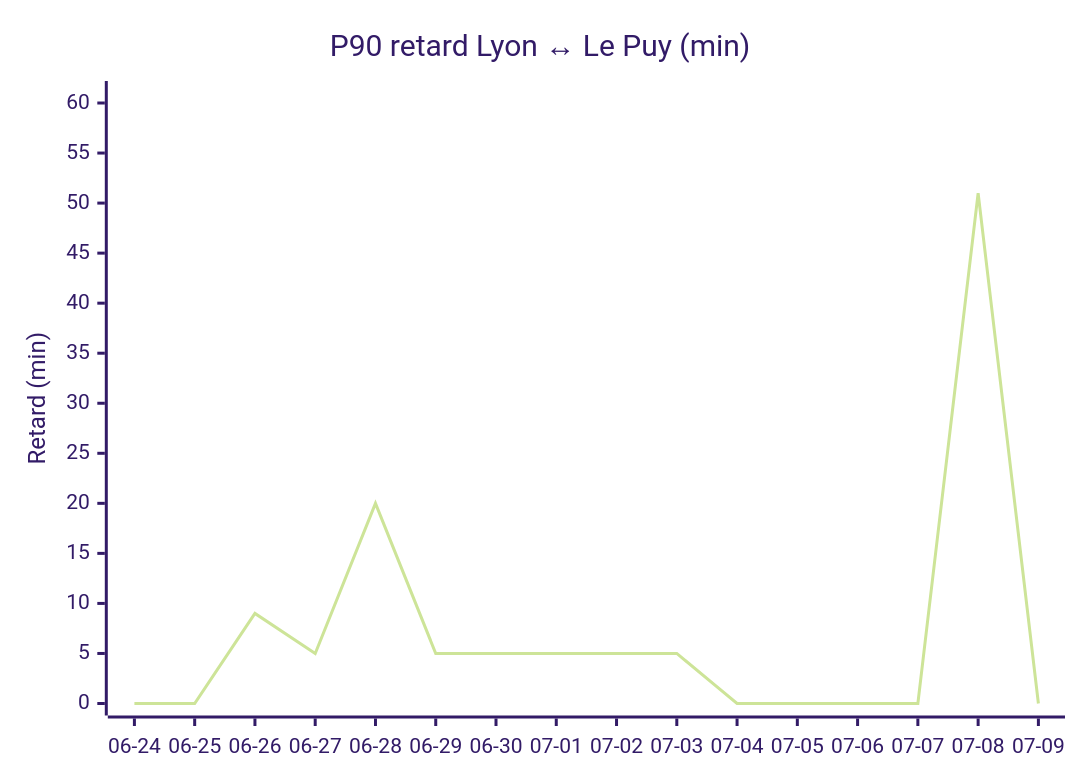
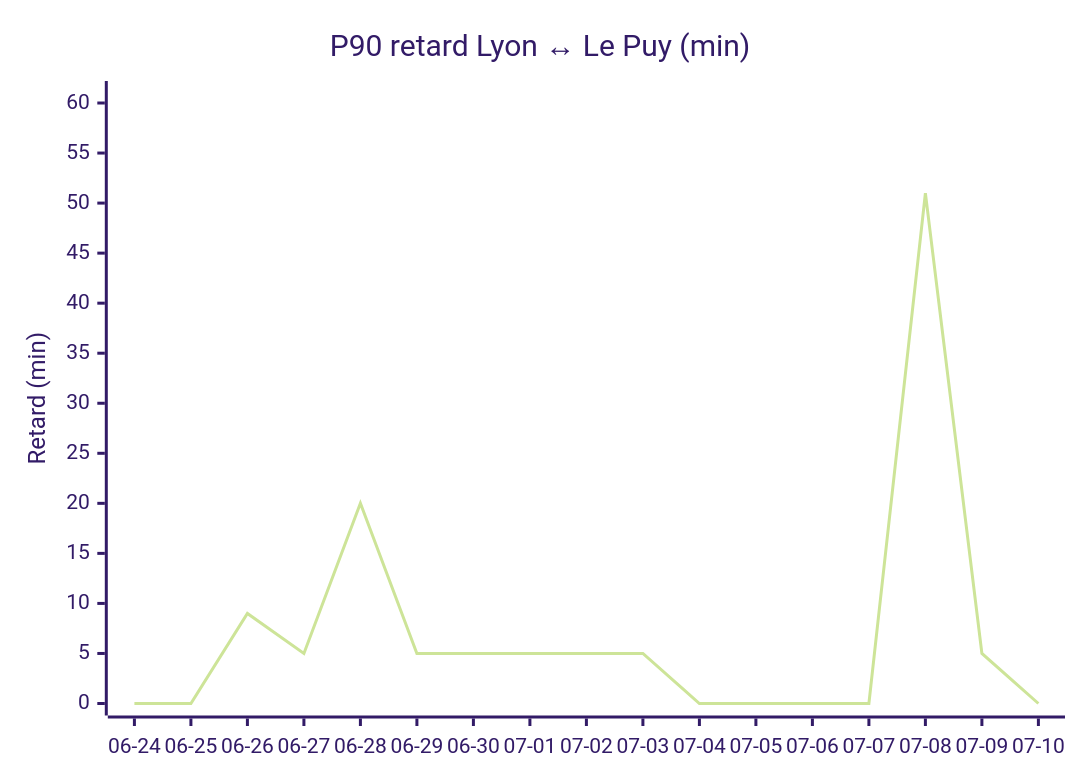
One commit to antoinerep/horaire-ter changed the third of 4 diagrams in STATS.md. Above: the diagram before and after it, drawn with Mermaid (forest theme). The commit also changed other lines of this file and 1 other file, not shown here.

````diff
--- a/STATS.md
+++ b/STATS.md
@@ -88,7 +89,7 @@
 ```mermaid
 xychart-beta
     title "P90 retard Lyon ↔ Le Puy (min)"
-    x-axis ["06-24", "06-25", "06-26", "06-27", "06-28", "06-29", "06-30", "07-01", "07-02", "07-03", "07-04", "07-05", "07-06", "07-07", "07-08", "07-09"]
+    x-axis ["06-24", "06-25", "06-26", "06-27", "06-28", "06-29", "06-30", "07-01", "07-02", "07-03", "07-04", "07-05", "07-06", "07-07", "07-08", "07-09", "07-10"]
     y-axis "Retard (min)" 0 --> 61
-    line [0.0, 0.0, 9.0, 5.0, 20.0, 5.0, 5.0, 5.0, 5.0, 5.0, 0.0, 0.0, 0.0, 0.0, 51.0, 0.0]
+    line [0.0, 0.0, 9.0, 5.0, 20.0, 5.0, 5.0, 5.0, 5.0, 5.0, 0.0, 0.0, 0.0, 0.0, 51.0, 5.0, 0.0]
 ```
````
